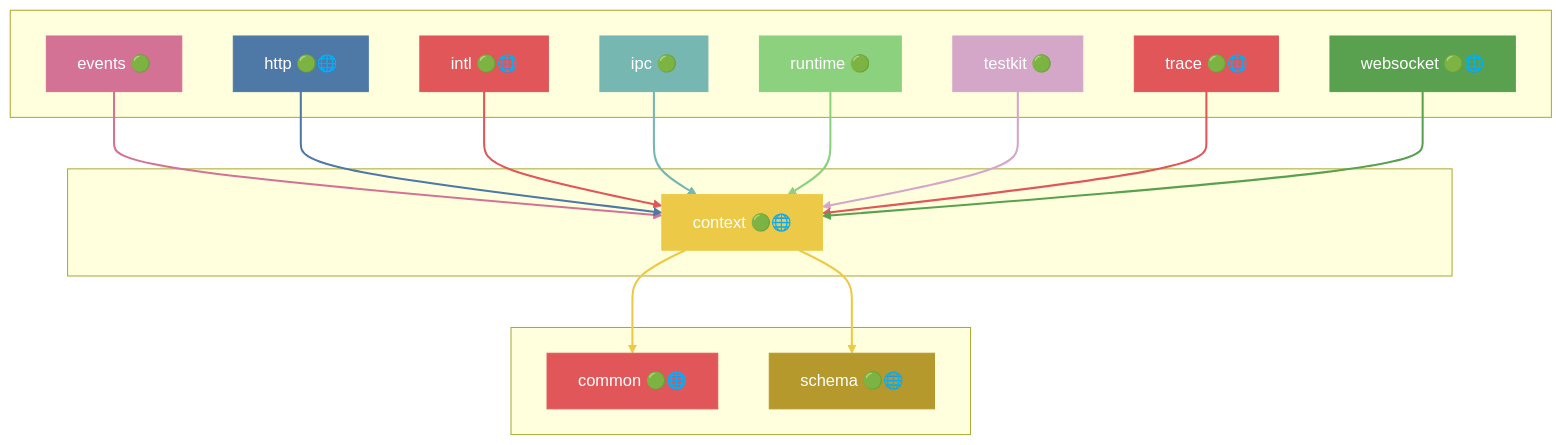
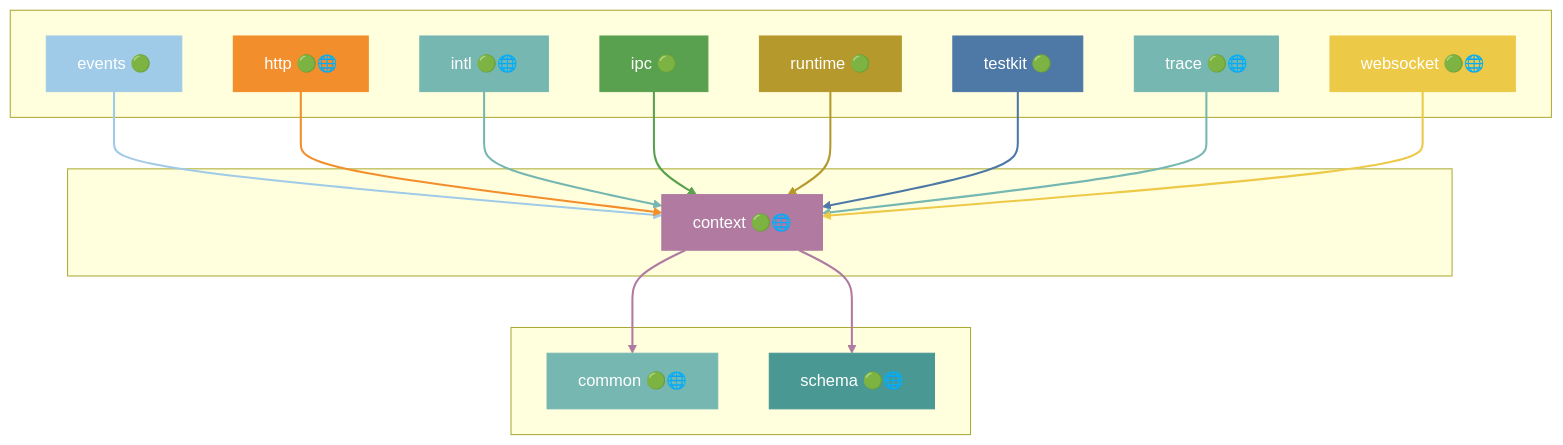
Before and after one commit to grest-ts/grest-ts: the eighth of 43 diagrams in docs/DEPENDENCIES.md, drawn with Mermaid. The commit also changed other lines of this file and 86 other files, not shown here.

````diff
--- a/docs/DEPENDENCIES.md
+++ b/docs/DEPENDENCIES.md
@@ -571,51 +621,51 @@
 ```mermaid
 flowchart TB
     subgraph Dependents[" "]
         events["events 🟢"]
         http["http 🟢🌐"]
         intl["intl 🟢🌐"]
         ipc["ipc 🟢"]
         runtime["runtime 🟢"]
         testkit["testkit 🟢"]
         trace["trace 🟢🌐"]
         websocket["websocket 🟢🌐"]
     end
     subgraph Package[" "]
         context["context 🟢🌐"]
     end
     subgraph Dependencies[" "]
         common["common 🟢🌐"]
         schema["schema 🟢🌐"]
     end
     events --> context
     http --> context
     intl --> context
     ipc --> context
     runtime --> context
     testkit --> context
     trace --> context
     websocket --> context
     context --> common
     context --> schema
-    style context fill:#EDC948,stroke:#EDC948,color:#fff
-    style events fill:#D37295,stroke:#D37295,color:#fff
-    style http fill:#4E79A7,stroke:#4E79A7,color:#fff
-    style intl fill:#E15759,stroke:#E15759,color:#fff
-    style ipc fill:#76B7B2,stroke:#76B7B2,color:#fff
-    style runtime fill:#8CD17D,stroke:#8CD17D,color:#fff
-    style testkit fill:#D4A6C8,stroke:#D4A6C8,color:#fff
-    style trace fill:#E15759,stroke:#E15759,color:#fff
-    style websocket fill:#59A14F,stroke:#59A14F,color:#fff
-    style common fill:#E15759,stroke:#E15759,color:#fff
-    style schema fill:#B6992D,stroke:#B6992D,color:#fff
-    linkStyle 0 stroke:#D37295,stroke-width:2px
-    linkStyle 1 stroke:#4E79A7,stroke-width:2px
-    linkStyle 2 stroke:#E15759,stroke-width:2px
-    linkStyle 3 stroke:#76B7B2,stroke-width:2px
-    linkStyle 4 stroke:#8CD17D,stroke-width:2px
-    linkStyle 5 stroke:#D4A6C8,stroke-width:2px
-    linkStyle 6 stroke:#E15759,stroke-width:2px
-    linkStyle 7 stroke:#59A14F,stroke-width:2px
-    linkStyle 8 stroke:#EDC948,stroke-width:2px
-    linkStyle 9 stroke:#EDC948,stroke-width:2px
+    style context fill:#B07AA1,stroke:#B07AA1,color:#fff
+    style events fill:#A0CBE8,stroke:#A0CBE8,color:#fff
+    style http fill:#F28E2B,stroke:#F28E2B,color:#fff
+    style intl fill:#76B7B2,stroke:#76B7B2,color:#fff
+    style ipc fill:#59A14F,stroke:#59A14F,color:#fff
+    style runtime fill:#B6992D,stroke:#B6992D,color:#fff
+    style testkit fill:#4E79A7,stroke:#4E79A7,color:#fff
+    style trace fill:#76B7B2,stroke:#76B7B2,color:#fff
+    style websocket fill:#EDC948,stroke:#EDC948,color:#fff
+    style common fill:#76B7B2,stroke:#76B7B2,color:#fff
+    style schema fill:#499894,stroke:#499894,color:#fff
+    linkStyle 0 stroke:#A0CBE8,stroke-width:2px
+    linkStyle 1 stroke:#F28E2B,stroke-width:2px
+    linkStyle 2 stroke:#76B7B2,stroke-width:2px
+    linkStyle 3 stroke:#59A14F,stroke-width:2px
+    linkStyle 4 stroke:#B6992D,stroke-width:2px
+    linkStyle 5 stroke:#4E79A7,stroke-width:2px
+    linkStyle 6 stroke:#76B7B2,stroke-width:2px
+    linkStyle 7 stroke:#EDC948,stroke-width:2px
+    linkStyle 8 stroke:#B07AA1,stroke-width:2px
+    linkStyle 9 stroke:#B07AA1,stroke-width:2px
 ```
````
